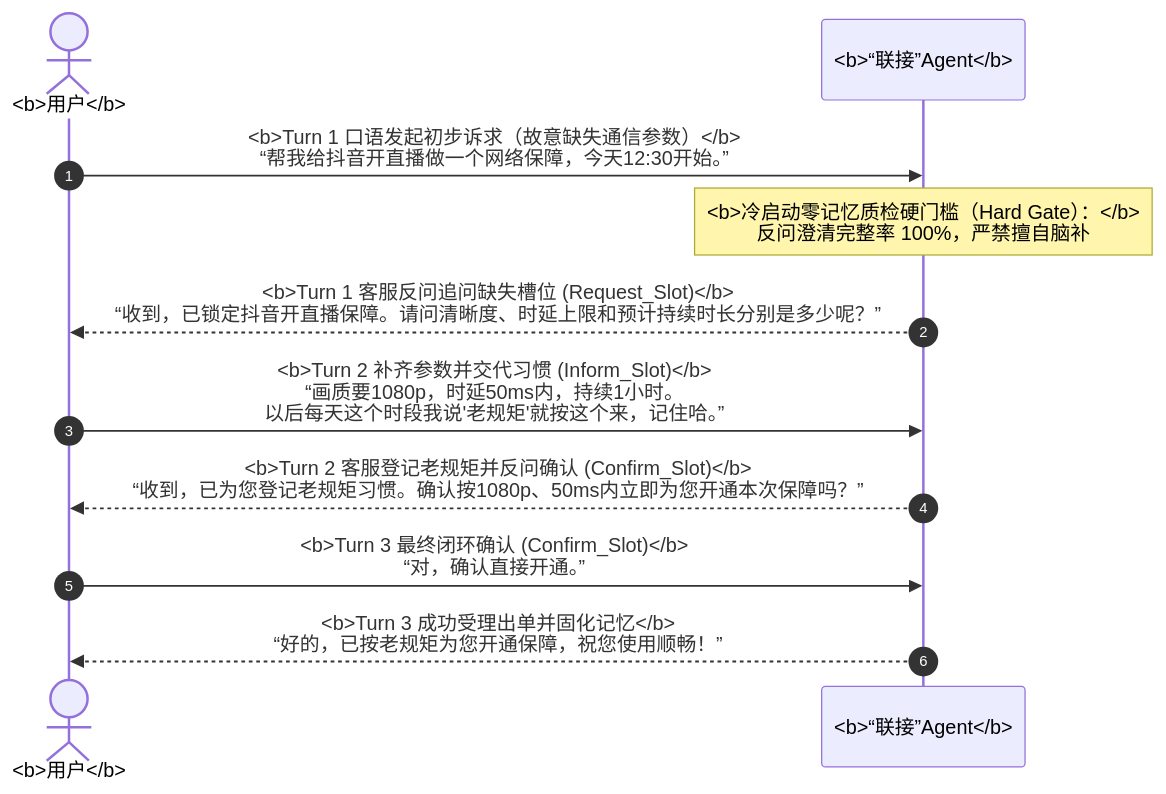
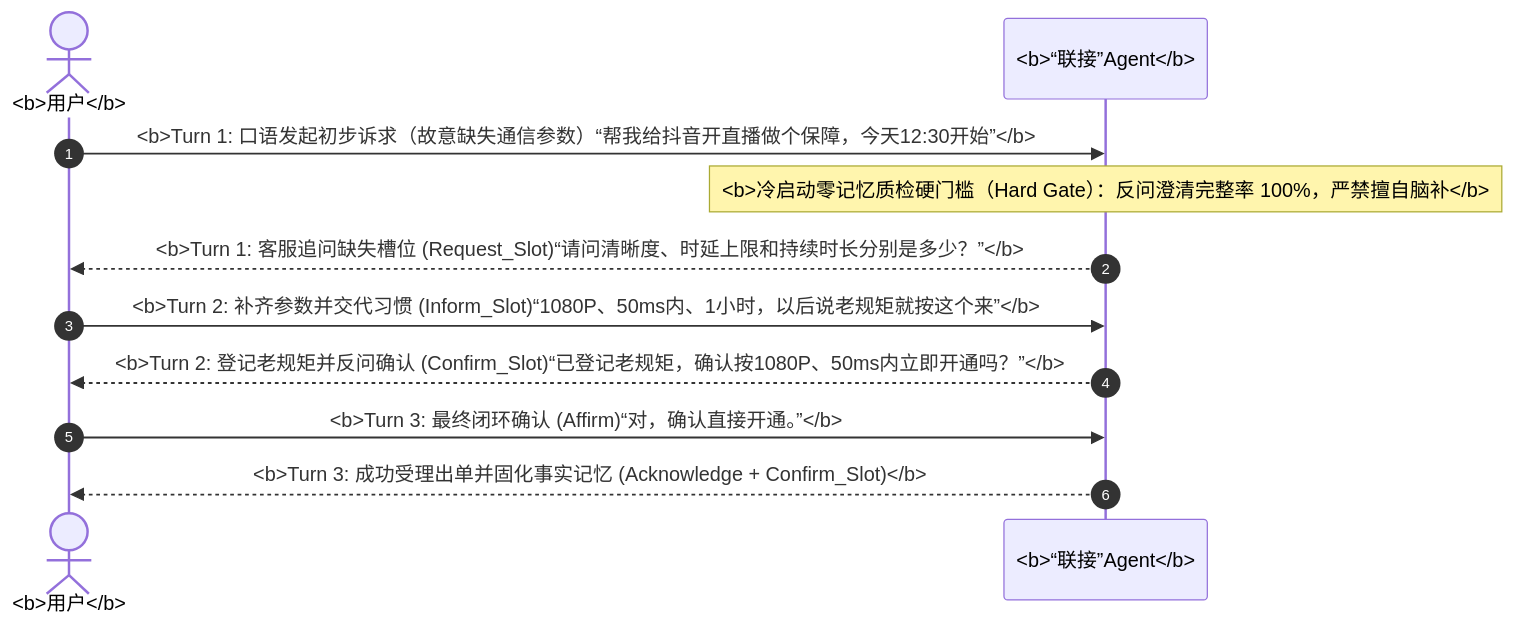
The second of 7 diagrams in docs/specs/cognitive_memory_dev_spec.md (wangbanjin1/cross_data_gen), drawn with Mermaid before and after one commit. The commit also changed other lines of this file and 17 other files, not shown here.

Commit message:
docs: reorganize 4-layer doc architecture, convert ASCII to Mermaid, and upgrade HTML visual renderer

````diff
--- a/docs/specs/cognitive_memory_dev_spec.md
+++ b/docs/specs/cognitive_memory_dev_spec.md
@@ -73,16 +76,16 @@
 ```mermaid
 sequenceDiagram
     autonumber
     actor User as <b>用户</b>
     participant Agent as <b>“联接”Agent</b>
 
-    User->>Agent: <b>Turn 1 口语发起初步诉求（故意缺失通信参数）</b><br/>“帮我给抖音开直播做一个网络保障，今天12:30开始。”
-    Note over Agent: <b>冷启动零记忆质检硬门槛（Hard Gate）：</b><br/>反问澄清完整率 100%，严禁擅自脑补
-    Agent-->>User: <b>Turn 1 客服反问追问缺失槽位 (Request_Slot)</b><br/>“收到，已锁定抖音开直播保障。请问清晰度、时延上限和预计持续时长分别是多少呢？”
+    User->>Agent: <b>Turn 1: 口语发起初步诉求（故意缺失通信参数）“帮我给抖音开直播做个保障，今天12:30开始”</b>
+    Note over Agent: <b>冷启动零记忆质检硬门槛（Hard Gate）：反问澄清完整率 100%，严禁擅自脑补</b>
+    Agent-->>User: <b>Turn 1: 客服追问缺失槽位 (Request_Slot)“请问清晰度、时延上限和持续时长分别是多少？”</b>
 
-    User->>Agent: <b>Turn 2 补齐参数并交代习惯 (Inform_Slot)</b><br/>“画质要1080p，时延50ms内，持续1小时。<br/>以后每天这个时段我说'老规矩'就按这个来，记住哈。”
-    Agent-->>User: <b>Turn 2 客服登记老规矩并反问确认 (Confirm_Slot)</b><br/>“收到，已为您登记老规矩习惯。确认按1080p、50ms内立即为您开通本次保障吗？”
+    User->>Agent: <b>Turn 2: 补齐参数并交代习惯 (Inform_Slot)“1080P、50ms内、1小时，以后说老规矩就按这个来”</b>
+    Agent-->>User: <b>Turn 2: 登记老规矩并反问确认 (Confirm_Slot)“已登记老规矩，确认按1080P、50ms内立即开通吗？”</b>
 
-    User->>Agent: <b>Turn 3 最终闭环确认 (Confirm_Slot)</b><br/>“对，确认直接开通。”
-    Agent-->>User: <b>Turn 3 成功受理出单并固化记忆</b><br/>“好的，已按老规矩为您开通保障，祝您使用顺畅！”
+    User->>Agent: <b>Turn 3: 最终闭环确认 (Affirm)“对，确认直接开通。”</b>
+    Agent-->>User: <b>Turn 3: 成功受理出单并固化事实记忆 (Acknowledge + Confirm_Slot)</b>
 ```
````
